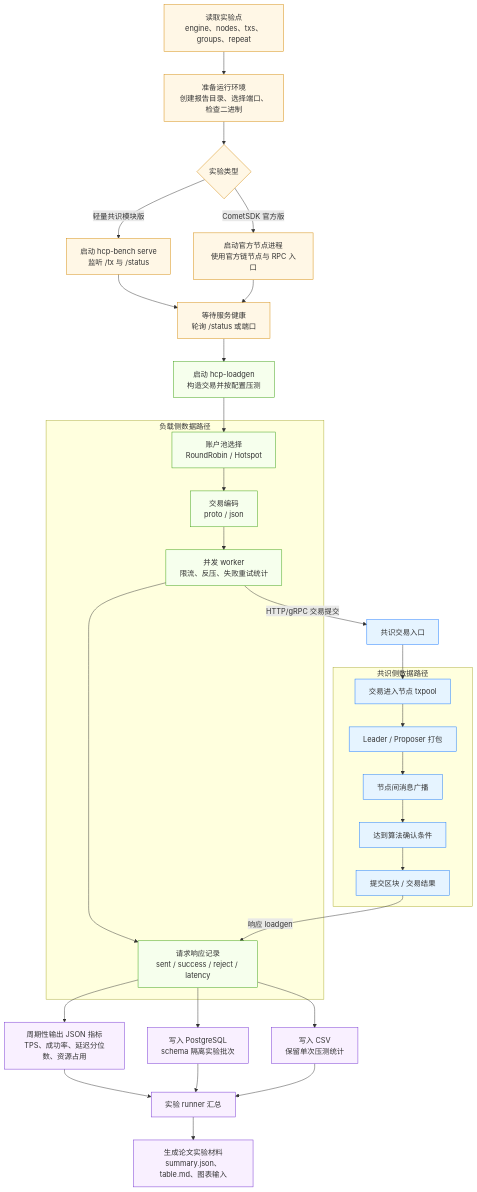
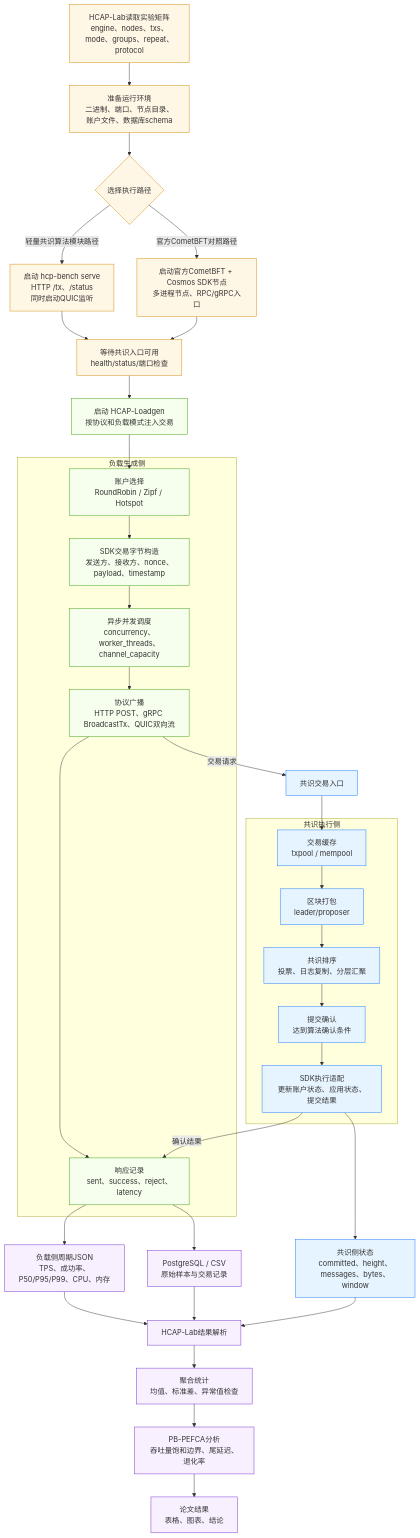
One commit to fffeng99999/hcp changed the second of 10 diagrams in chapter4-mermaid/README.md. Above: the diagram before and after it, drawn with Mermaid. The commit also changed other lines of this file, not shown here.

````diff
--- a/chapter4-mermaid/README.md
+++ b/chapter4-mermaid/README.md
@@ -104,49 +100,54 @@
 ```mermaid
 flowchart TB
-  A["读取实验点<br/>engine、nodes、txs、groups、repeat"] --> B["准备运行环境<br/>创建报告目录、选择端口、检查二进制"]
-  B --> C{"实验类型"}
-  C -- "轻量共识模块版" --> D["启动 hcp-bench serve<br/>监听 /tx 与 /status"]
-  C -- "CometSDK 官方版" --> E["启动官方节点进程<br/>使用官方链节点与 RPC 入口"]
+  A["HCAP-Lab读取实验矩阵<br/>engine、nodes、txs、mode、groups、repeat、protocol"] --> B["准备运行环境<br/>二进制、端口、节点目录、账户文件、数据库schema"]
+  B --> C{"选择执行路径"}
 
-  D --> F["等待服务健康<br/>轮询 /status 或端口"]
+  C -- "轻量共识算法模块路径" --> D["启动 hcp-bench serve<br/>HTTP /tx、/status<br/>同时启动QUIC监听"]
+  C -- "官方CometBFT对照路径" --> E["启动官方CometBFT + Cosmos SDK节点<br/>多进程节点、RPC/gRPC入口"]
+
+  D --> F["等待共识入口可用<br/>health/status/端口检查"]
   E --> F
-  F --> G["启动 hcp-loadgen<br/>构造交易并按配置压测"]
 
-  subgraph LoadPath["负载侧数据路径"]
-    G1["账户池选择<br/>RoundRobin / Hotspot"]
-    G2["交易编码<br/>proto / json"]
-    G3["并发 worker<br/>限流、反压、失败重试统计"]
-    G4["请求响应记录<br/>sent / success / reject / latency"]
+  F --> G["启动 HCAP-Loadgen<br/>按协议和负载模式注入交易"]
+
+  subgraph LoadSide["负载生成侧"]
+    G1["账户选择<br/>RoundRobin / Zipf / Hotspot"]
+    G2["SDK交易字节构造<br/>发送方、接收方、nonce、payload、timestamp"]
+    G3["异步并发调度<br/>concurrency、worker_threads、channel_capacity"]
+    G4["协议广播<br/>HTTP POST、gRPC BroadcastTx、QUIC双向流"]
+    G5["响应记录<br/>sent、success、reject、latency"]
   end
 
-  G --> G1 --> G2 --> G3 --> G4
-  G3 -- "HTTP/gRPC 交易提交" --> H["共识交易入口"]
+  G --> G1 --> G2 --> G3 --> G4 --> G5
+  G4 -- "交易请求" --> H["共识交易入口"]
 
-  subgraph ConsensusPath["共识侧数据路径"]
-    H1["交易进入节点 txpool"]
-    H2["Leader / Proposer 打包"]
-    H3["节点间消息广播"]
-    H4["达到算法确认条件"]
-    H5["提交区块 / 交易结果"]
+  subgraph ConsensusSide["共识执行侧"]
+    H1["交易缓存<br/>txpool / mempool"]
+    H2["区块打包<br/>leader/proposer"]
+    H3["共识排序<br/>投票、日志复制、分层汇聚"]
+    H4["提交确认<br/>达到算法确认条件"]
+    H5["SDK执行适配<br/>更新账户状态、应用状态、提交结果"]
   end
 
   H --> H1 --> H2 --> H3 --> H4 --> H5
-  H5 -- "响应 loadgen" --> G4
+  H5 -- "确认结果" --> G5
 
-  G4 --> I["周期性输出 JSON 指标<br/>TPS、成功率、延迟分位数、资源占用"]
-  G4 --> J["写入 PostgreSQL<br/>schema 隔离实验批次"]
-  G4 --> K["写入 CSV<br/>保留单次压测统计"]
-  I --> L["实验 runner 汇总"]
+  G5 --> I["负载侧周期JSON<br/>TPS、成功率、P50/P95/P99、CPU、内存"]
+  H5 --> J["共识侧状态<br/>committed、height、messages、bytes、window"]
+  G5 --> K["PostgreSQL / CSV<br/>原始样本与交易记录"]
+  I --> L["HCAP-Lab结果解析"]
   J --> L
   K --> L
-  L --> M["生成论文实验材料<br/>summary.json、table.md、图表输入"]
+  L --> M["聚合统计<br/>均值、标准差、异常值检查"]
+  M --> N["PB-PEFCA分析<br/>吞吐量饱和边界、尾延迟、退化率"]
+  N --> O["论文结果<br/>表格、图表、结论"]
 
   classDef prep fill:#fff7e6,stroke:#d48806;
   classDef load fill:#f6ffed,stroke:#389e0d;
-  classDef consensus fill:#e6f4ff,stroke:#1677ff;
-  classDef result fill:#f9f0ff,stroke:#722ed1;
+  classDef con fill:#e6f4ff,stroke:#1677ff;
+  classDef ana fill:#f9f0ff,stroke:#722ed1;
   class A,B,C,D,E,F prep;
-  class G,G1,G2,G3,G4 load;
-  class H,H1,H2,H3,H4,H5 consensus;
-  class I,J,K,L,M result;
+  class G,G1,G2,G3,G4,G5 load;
+  class H,H1,H2,H3,H4,H5,J con;
+  class I,K,L,M,N,O ana;
 ```
````
